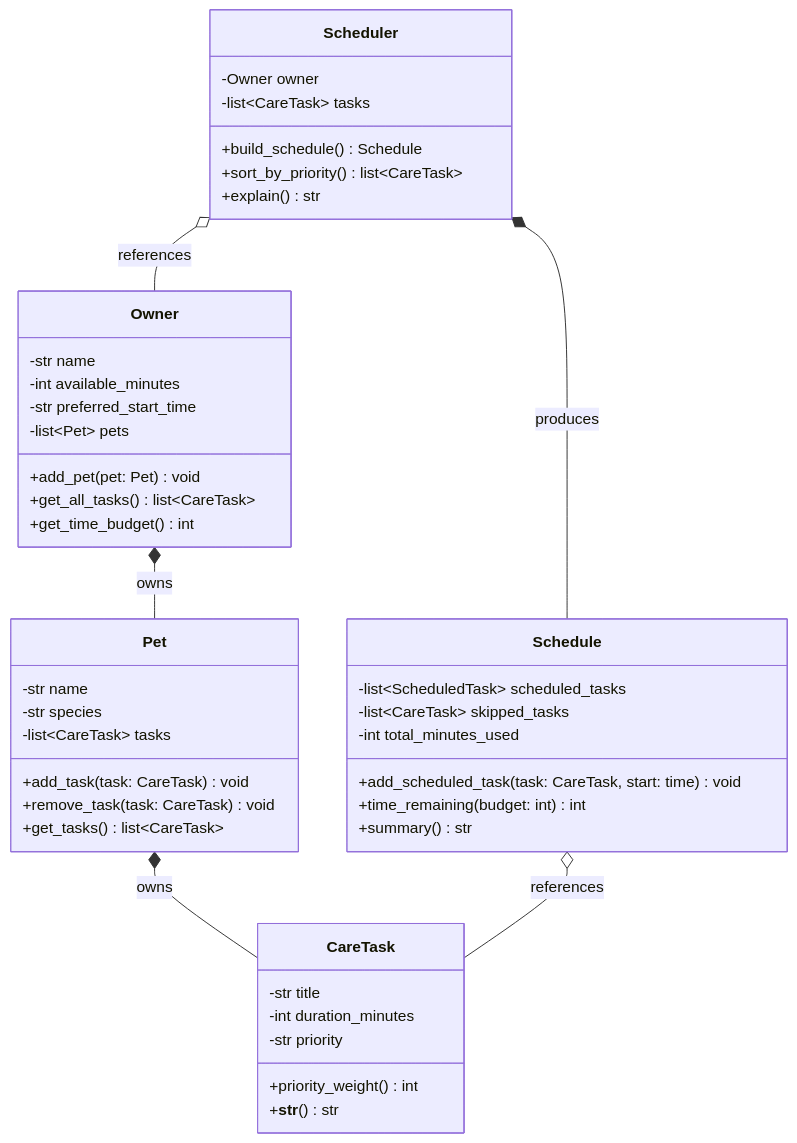
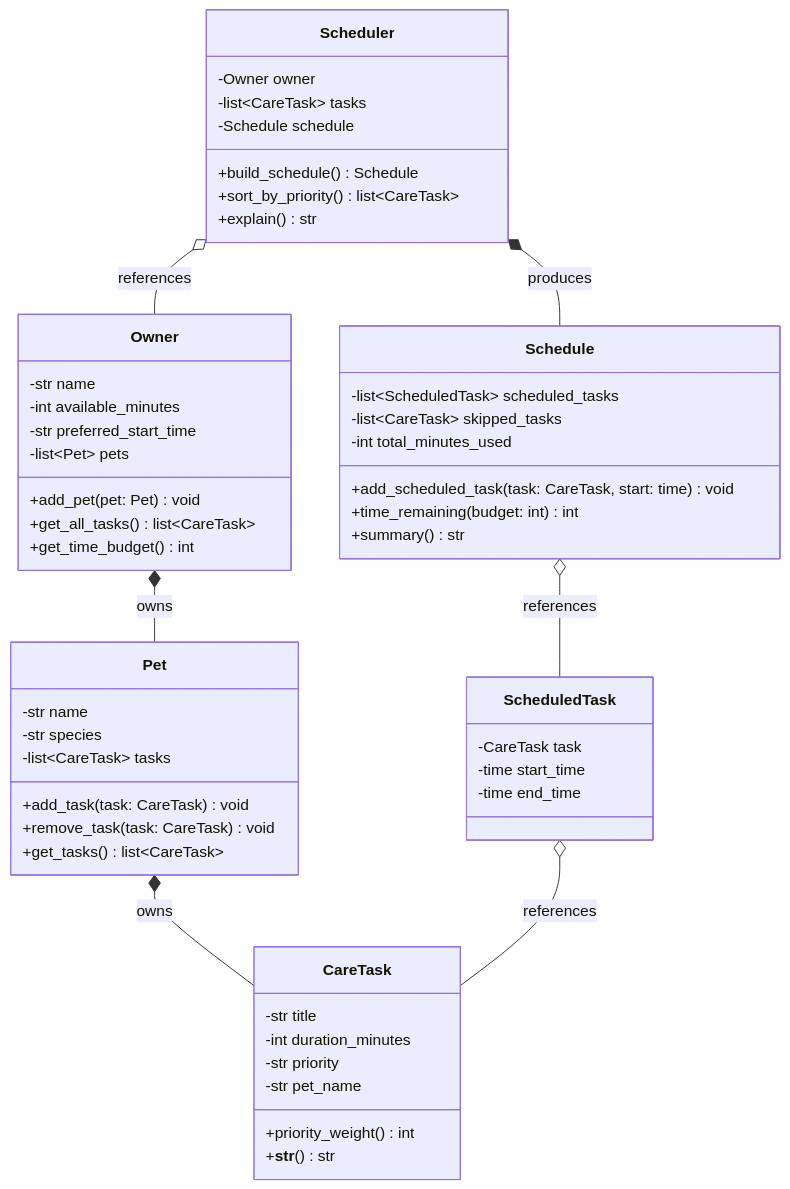
One commit to djenkins05/ai110-module2show-pawpal-starter changed the diagram in diagrams/uml.mmd. Above: the diagram before and after it, drawn with Mermaid. The commit also changed 3 other files, not shown here.

Commit message:
Updated my UML after having my class skeletons checked

```diff
--- a/diagrams/uml.mmd
+++ b/diagrams/uml.mmd
@@ -1,50 +1,59 @@
 classDiagram
     class Owner {
         -str name
         -int available_minutes
         -str preferred_start_time
         -list~Pet~ pets
         +add_pet(pet: Pet) void
         +get_all_tasks() list~CareTask~
         +get_time_budget() int
     }
 
     class Pet {
         -str name
         -str species
         -list~CareTask~ tasks
         +add_task(task: CareTask) void
         +remove_task(task: CareTask) void
         +get_tasks() list~CareTask~
     }
 
     class CareTask {
         -str title
         -int duration_minutes
         -str priority
+        -str pet_name
         +priority_weight() int
         +__str__() str
+    }
+
+    class ScheduledTask {
+        -CareTask task
+        -time start_time
+        -time end_time
     }
 
     class Schedule {
         -list~ScheduledTask~ scheduled_tasks
         -list~CareTask~ skipped_tasks
         -int total_minutes_used
         +add_scheduled_task(task: CareTask, start: time) void
         +time_remaining(budget: int) int
         +summary() str
     }
 
     class Scheduler {
         -Owner owner
         -list~CareTask~ tasks
+        -Schedule schedule
         +build_schedule() Schedule
         +sort_by_priority() list~CareTask~
         +explain() str
     }
 
     Owner *-- Pet : owns
     Pet *-- CareTask : owns
     Scheduler o-- Owner : references
     Scheduler *-- Schedule : produces
-    Schedule o-- CareTask : references
+    Schedule o-- ScheduledTask : references
+    ScheduledTask o-- CareTask : references
```
